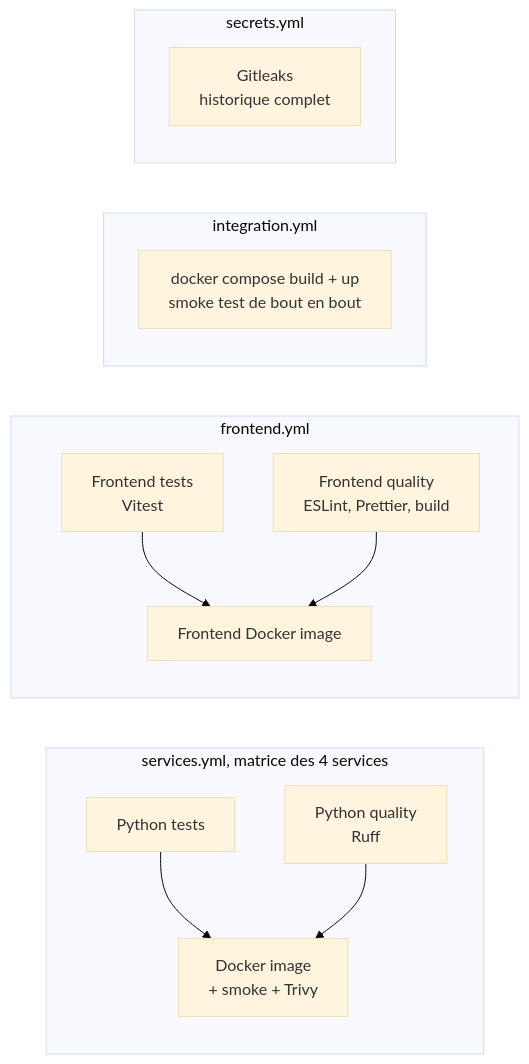
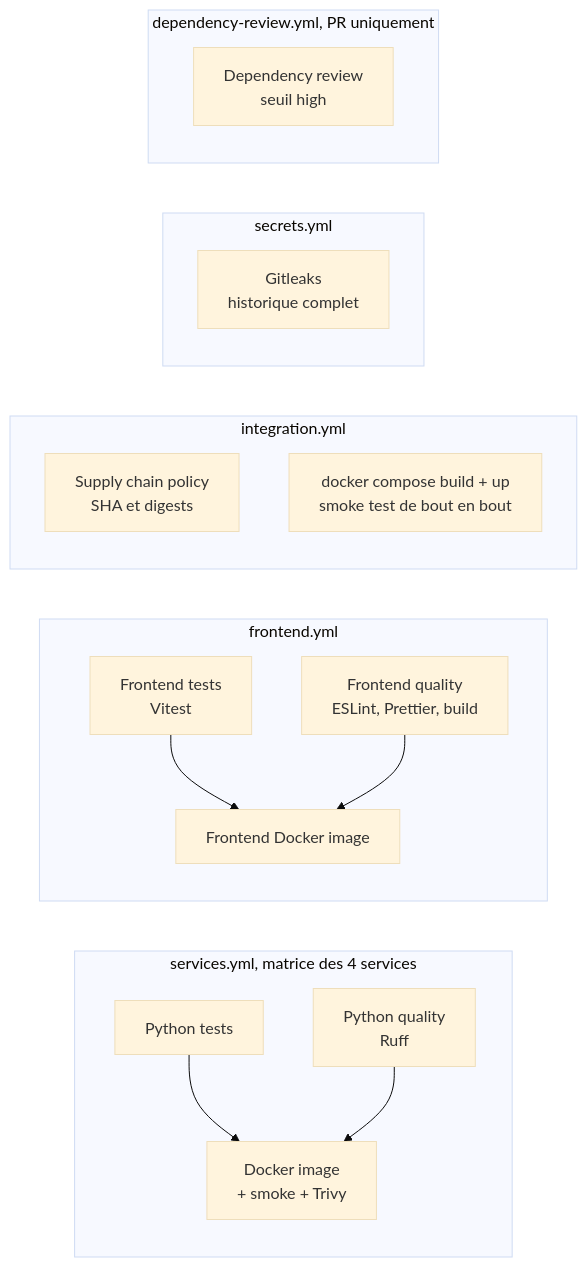
One commit to haribo015/taskFlow changed the third of 5 diagrams in README.md. Above: the diagram before and after it, drawn with Mermaid (base theme). The commit also changed other lines of this file, not shown here.

Commit message:
docs: document supply chain and Kubernetes deployment

````diff
--- a/README.md
+++ b/README.md
@@ -255,17 +262,21 @@
 ```mermaid
 flowchart LR
     subgraph services.yml[services.yml, matrice des 4 services]
         t1[Python tests] --> i1[Docker image<br/>+ smoke + Trivy]
         q1[Python quality<br/>Ruff] --> i1
     end
     subgraph frontend.yml
         t2[Frontend tests<br/>Vitest] --> i2[Frontend Docker image]
         q2[Frontend quality<br/>ESLint, Prettier, build] --> i2
     end
     subgraph integration.yml
+        p[Supply chain policy<br/>SHA et digests]
         c[docker compose build + up<br/>smoke test de bout en bout]
     end
     subgraph secrets.yml
         g[Gitleaks<br/>historique complet]
     end
+    subgraph dependency-review.yml[dependency-review.yml, PR uniquement]
+        d[Dependency review<br/>seuil high]
+    end
 ```
````
